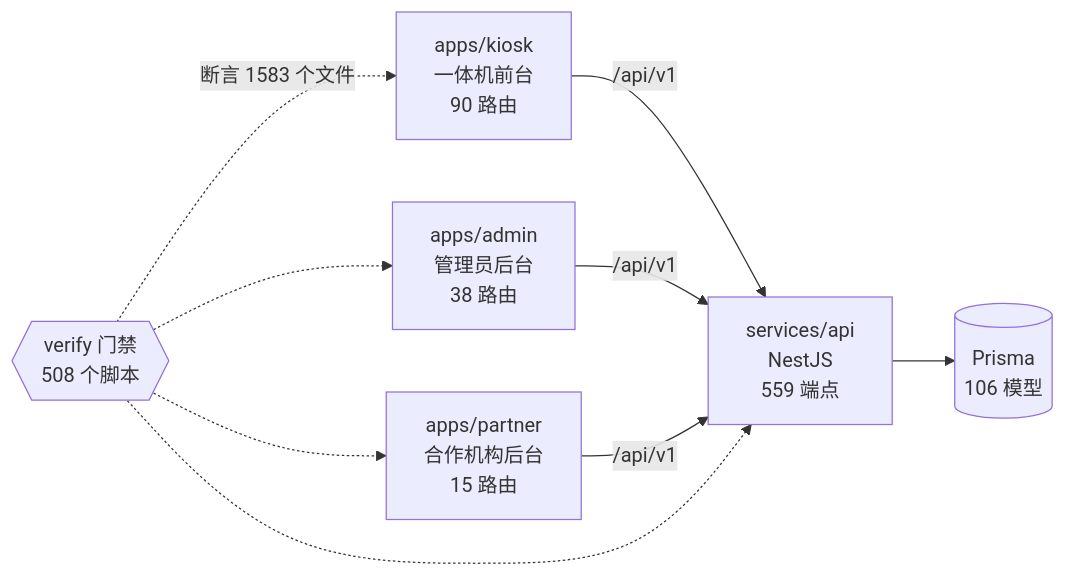
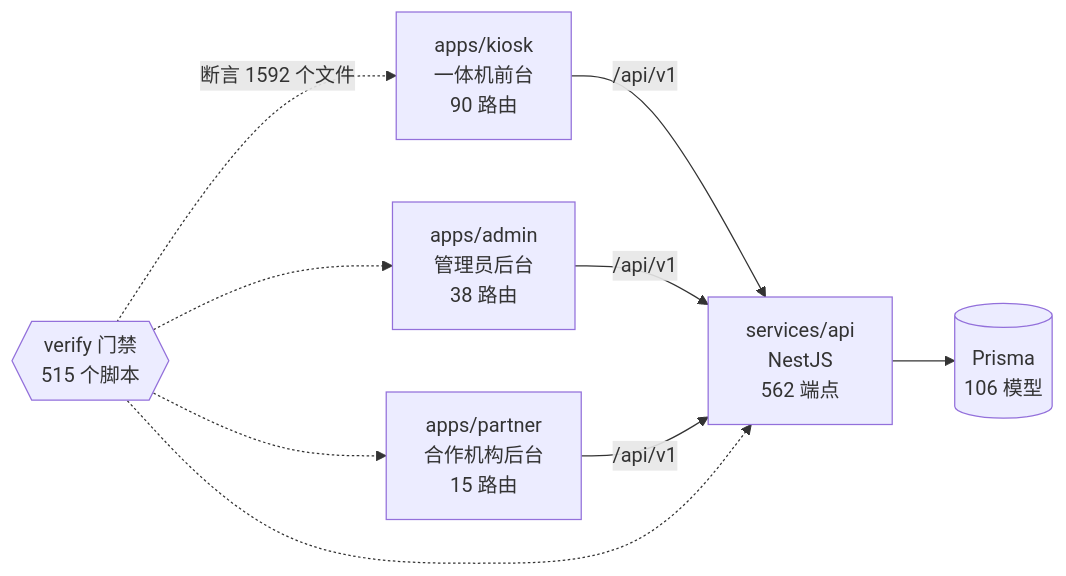
The diagram in docs/graph/README.md (wanglei581/YITIJI), drawn with Mermaid before and after one commit. The commit also changed other lines of this file and 3 other files, not shown here.

Commit message:
chore(graph): regenerate after merging #1069 #1055–#1066

````diff
--- a/docs/graph/README.md
+++ b/docs/graph/README.md
@@ -68,18 +68,18 @@
 ```mermaid
 flowchart LR
   kiosk["apps/kiosk<br/>一体机前台<br/>90 路由"]
   admin["apps/admin<br/>管理员后台<br/>38 路由"]
   partner["apps/partner<br/>合作机构后台<br/>15 路由"]
-  api["services/api<br/>NestJS<br/>559 端点"]
+  api["services/api<br/>NestJS<br/>562 端点"]
   db[("Prisma<br/>106 模型")]
-  gates{{"verify 门禁<br/>508 个脚本"}}
+  gates{{"verify 门禁<br/>515 个脚本"}}
 
   kiosk -->|"/api/v1"| api
   admin -->|"/api/v1"| api
   partner -->|"/api/v1"| api
   api --> db
-  gates -.->|"断言 1583 个文件"| kiosk
+  gates -.->|"断言 1592 个文件"| kiosk
   gates -.-> admin
   gates -.-> partner
   gates -.-> api
 ```
````
